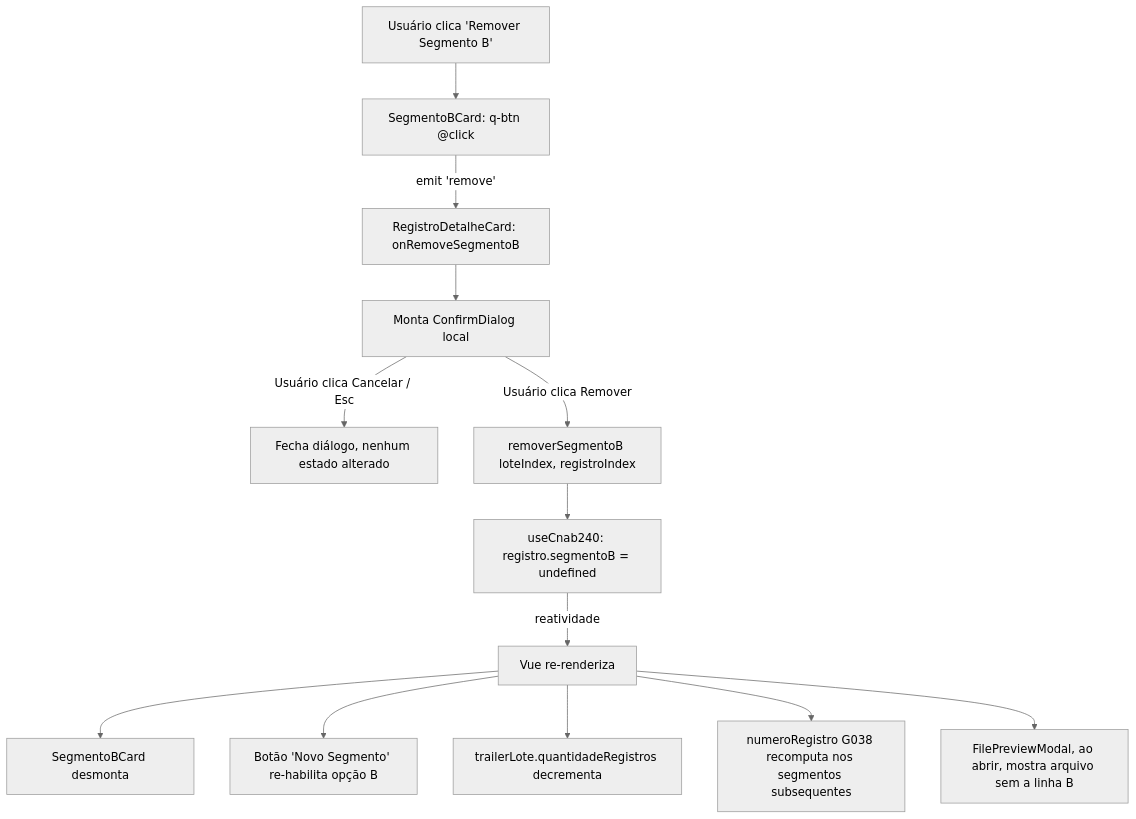
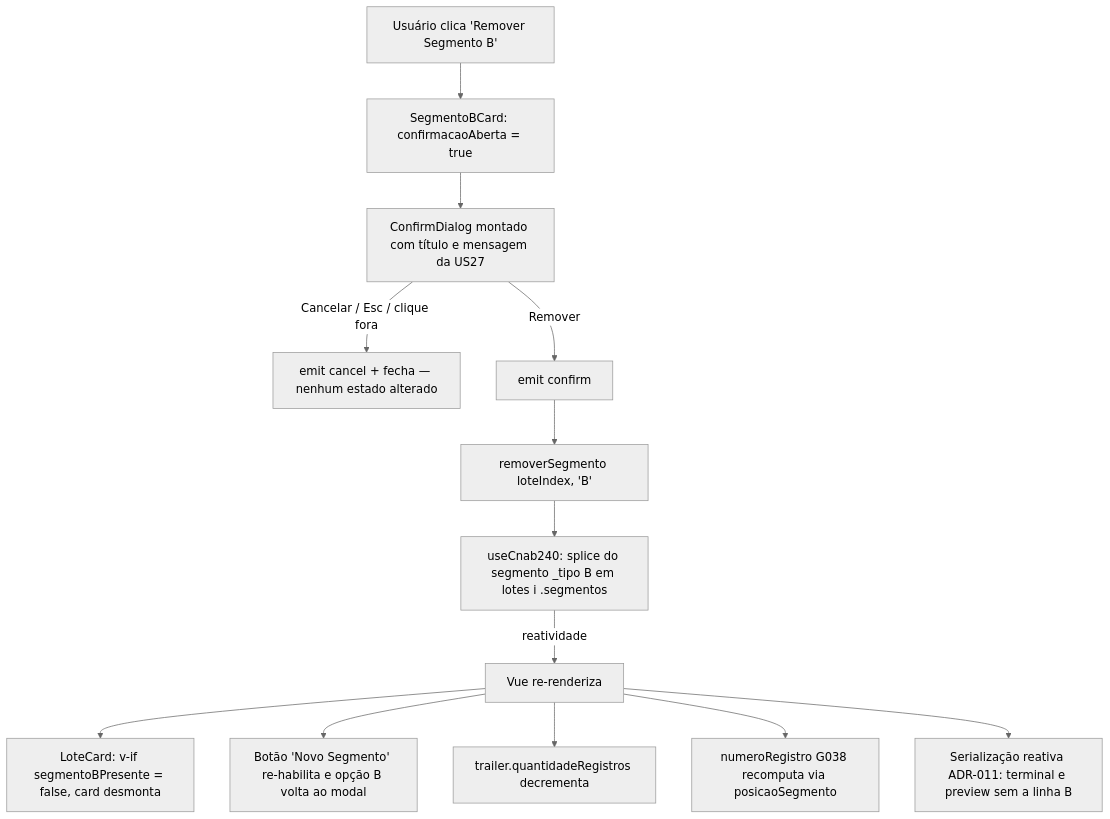
Before and after one commit to ratto/leiautes-para-devs: the first of 2 diagrams in docs/spec/us27-remover-segmento-b/PLAN.md, drawn with Mermaid (neutral theme). The commit also changed other lines of this file and 5 other files, not shown here.

First line of the commit message:
feat(us27): exigir confirmação para remover o Segmento B

````diff
--- a/docs/spec/us27-remover-segmento-b/PLAN.md
+++ b/docs/spec/us27-remover-segmento-b/PLAN.md
@@ -156,15 +205,15 @@
 ```mermaid
 flowchart TD
-  U[Usuário clica 'Remover Segmento B'] --> BtnB[SegmentoBCard: q-btn @click]
-  BtnB -->|emit 'remove'| RDC[RegistroDetalheCard: onRemoveSegmentoB]
-  RDC --> Diag[Monta ConfirmDialog local]
-  Diag -->|Usuário clica Cancelar / Esc| Nada[Fecha diálogo, nenhum estado alterado]
-  Diag -->|Usuário clica Remover| Call[removerSegmentoB loteIndex, registroIndex]
-  Call --> UC[useCnab240: registro.segmentoB = undefined]
-  UC -->|reatividade| ReRender[Vue re-renderiza]
-  ReRender --> Sumir[SegmentoBCard desmonta]
-  ReRender --> Novo[Botão 'Novo Segmento' re-habilita opção B]
-  ReRender --> Trailer[trailerLote.quantidadeRegistros decrementa]
-  ReRender --> G038[numeroRegistro G038 recomputa nos segmentos subsequentes]
-  ReRender --> Preview[FilePreviewModal, ao abrir, mostra arquivo sem a linha B]
+  U[Usuário clica 'Remover Segmento B'] --> Abre[SegmentoBCard: confirmacaoAberta = true]
+  Abre --> Dlg[ConfirmDialog montado com título e mensagem da US27]
+  Dlg -->|Cancelar / Esc / clique fora| Cancel[emit cancel + fecha — nenhum estado alterado]
+  Dlg -->|Remover| Conf[emit confirm]
+  Conf --> Call[removerSegmento loteIndex, 'B']
+  Call --> UC[useCnab240: splice do segmento _tipo B em lotes i .segmentos]
+  UC -->|reatividade| Re[Vue re-renderiza]
+  Re --> Some[LoteCard: v-if segmentoBPresente = false, card desmonta]
+  Re --> Hab[Botão 'Novo Segmento' re-habilita e opção B volta ao modal]
+  Re --> Tr[trailer.quantidadeRegistros decrementa]
+  Re --> G038[numeroRegistro G038 recomputa via posicaoSegmento]
+  Re --> Ser[Serialização reativa ADR-011: terminal e preview sem a linha B]
 ```
````
